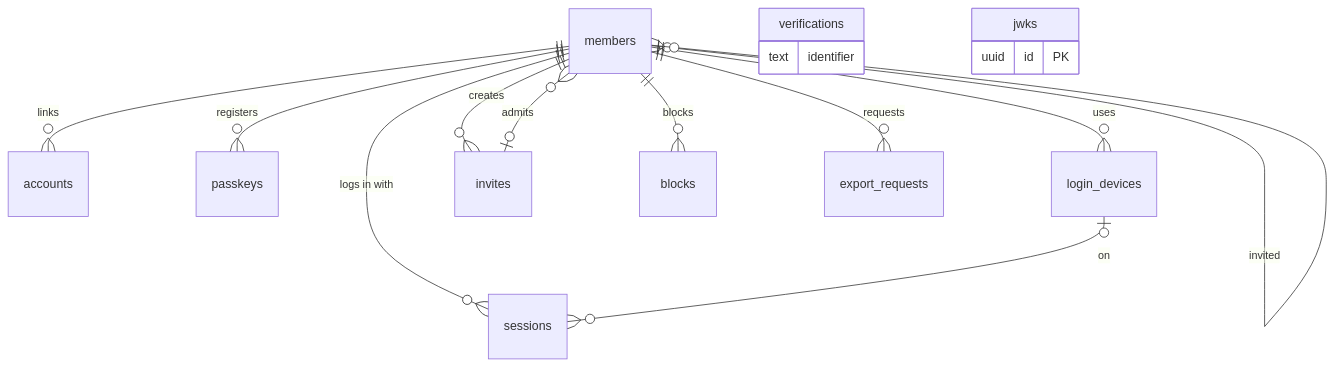
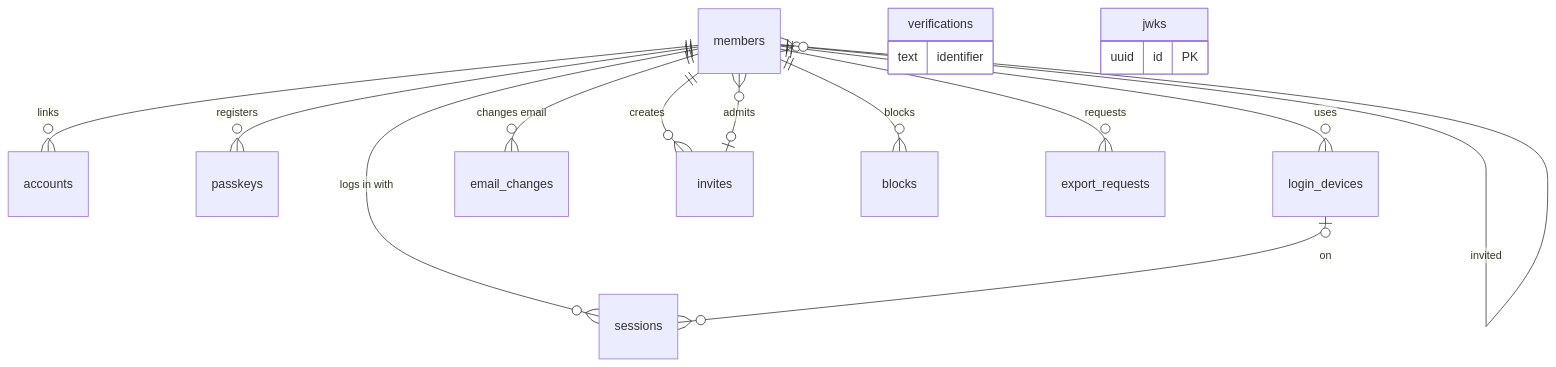
The first of 8 diagrams in docs/architecture/data-model.md (Chetardie/chaku), drawn with Mermaid before and after one commit. The commit also changed other lines of this file and 34 other files, not shown here.

````diff
--- a/docs/architecture/data-model.md
+++ b/docs/architecture/data-model.md
@@ -97,19 +97,20 @@
 ```mermaid
 erDiagram
   members ||--o{ sessions : "logs in with"
   members ||--o{ accounts : "links"
   members ||--o{ passkeys : "registers"
   members ||--o{ login_devices : "uses"
+  members ||--o{ email_changes : "changes email"
   members ||--o{ invites : "creates"
   invites |o--o{ members : "admits"
   members |o--o{ members : "invited"
   members ||--o{ blocks : "blocks"
   members ||--o{ export_requests : "requests"
   login_devices |o--o{ sessions : "on"
   verifications {
     text identifier
   }
   jwks {
     uuid id PK
   }
 ```
````
